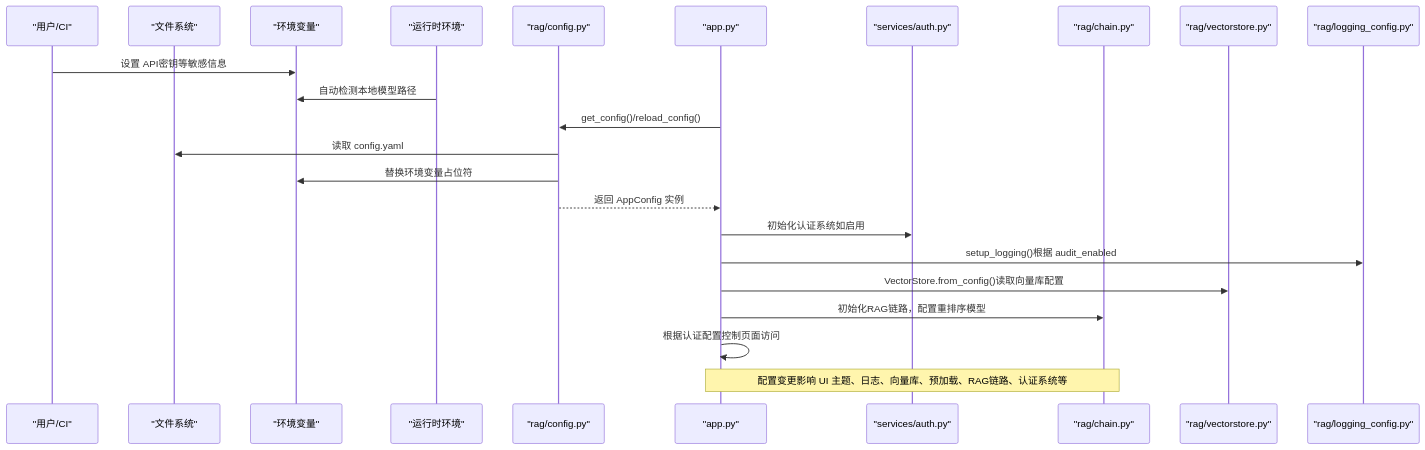
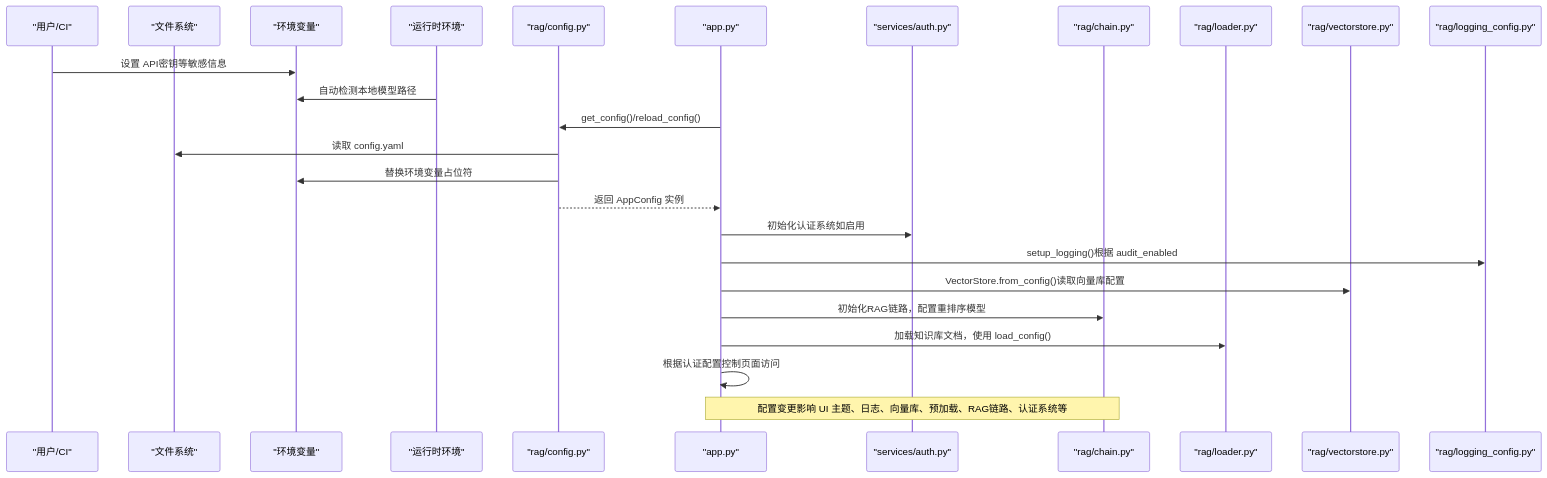
Before and after one commit to joyafa/knowledge: the second of 7 diagrams in .qoder/repowiki/zh/content/RAG核心引擎/配置管理系统.md, drawn with Mermaid. The commit also changed other lines of this file and 20 other files, not shown here.

````diff
--- a/.qoder/repowiki/zh/content/RAG核心引擎/配置管理系统.md
+++ b/.qoder/repowiki/zh/content/RAG核心引擎/配置管理系统.md
@@ -137,25 +138,27 @@
 ```mermaid
 sequenceDiagram
 participant User as "用户/CI"
 participant FS as "文件系统"
 participant ENV as "环境变量"
 participant RUNTIME as "运行时环境"
 participant CFG as "rag/config.py"
 participant APP as "app.py"
 participant AUTH as "services/auth.py"
 participant CHAIN as "rag/chain.py"
+participant LOADER as "rag/loader.py"
 participant VS as "rag/vectorstore.py"
 participant LOG as "rag/logging_config.py"
 User->>ENV : 设置 API密钥等敏感信息
 RUNTIME->>ENV : 自动检测本地模型路径
 APP->>CFG : get_config()/reload_config()
 CFG->>FS : 读取 config.yaml
 CFG->>ENV : 替换环境变量占位符
 CFG-->>APP : 返回 AppConfig 实例
 APP->>AUTH : 初始化认证系统如启用
 APP->>LOG : setup_logging()根据 audit_enabled
 APP->>VS : VectorStore.from_config()读取向量库配置
 APP->>CHAIN : 初始化RAG链路，配置重排序模型
+APP->>LOADER : 加载知识库文档，使用 load_config()
 APP->>APP : 根据认证配置控制页面访问
 Note over APP,CHAIN : 配置变更影响 UI 主题、日志、向量库、预加载、RAG链路、认证系统等
 ```
````
